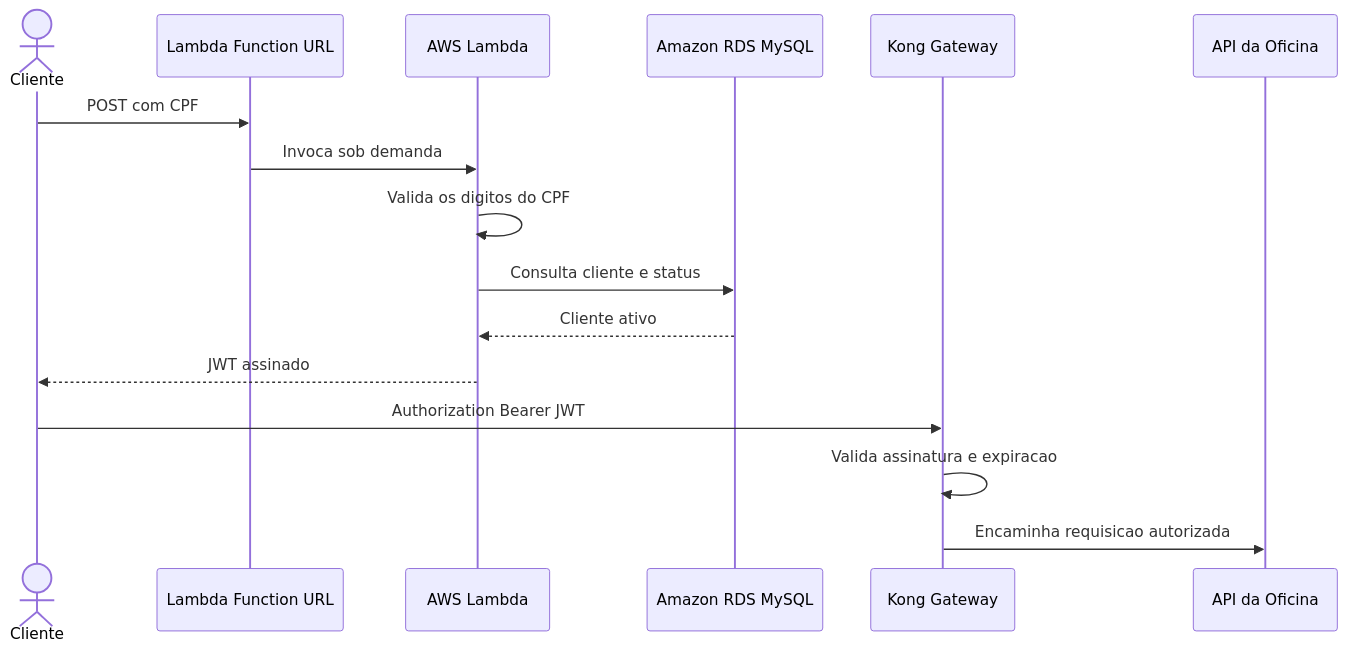
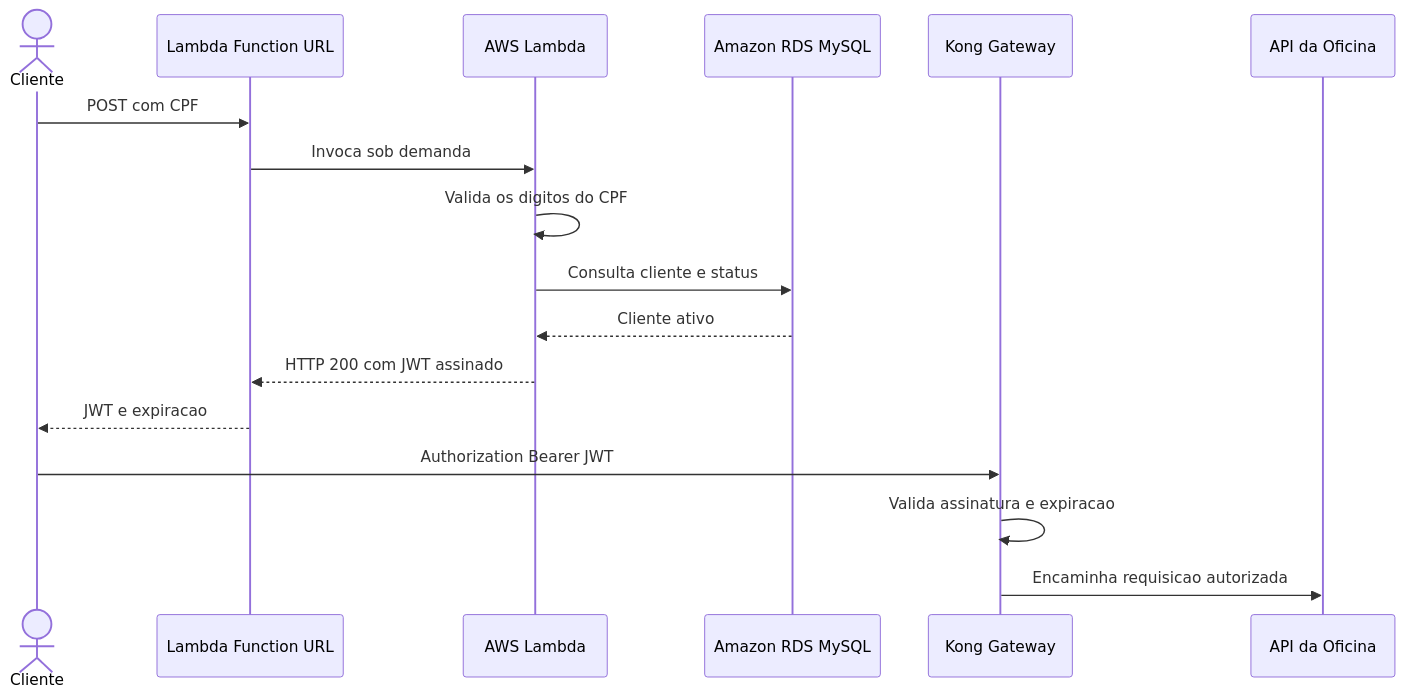
One commit to kaziwon/oficina-mecanica-autenticacao-lambda changed the diagram in README.md. Above: the diagram before and after it, drawn with Mermaid. The commit also changed other lines of this file and 1 other file, not shown here.

````diff
--- a/README.md
+++ b/README.md
@@ -9,19 +9,20 @@
 ```mermaid
 sequenceDiagram
     actor Cliente
     participant LambdaURL as Lambda Function URL
     participant Lambda as AWS Lambda
     participant RDS as Amazon RDS MySQL
     participant Kong as Kong Gateway
     participant API as API da Oficina
 
     Cliente->>LambdaURL: POST com CPF
     LambdaURL->>Lambda: Invoca sob demanda
     Lambda->>Lambda: Valida os digitos do CPF
     Lambda->>RDS: Consulta cliente e status
     RDS-->>Lambda: Cliente ativo
-    Lambda-->>Cliente: JWT assinado
+    Lambda-->>LambdaURL: HTTP 200 com JWT assinado
+    LambdaURL-->>Cliente: JWT e expiracao
     Cliente->>Kong: Authorization Bearer JWT
     Kong->>Kong: Valida assinatura e expiracao
     Kong->>API: Encaminha requisicao autorizada
 ```
````
